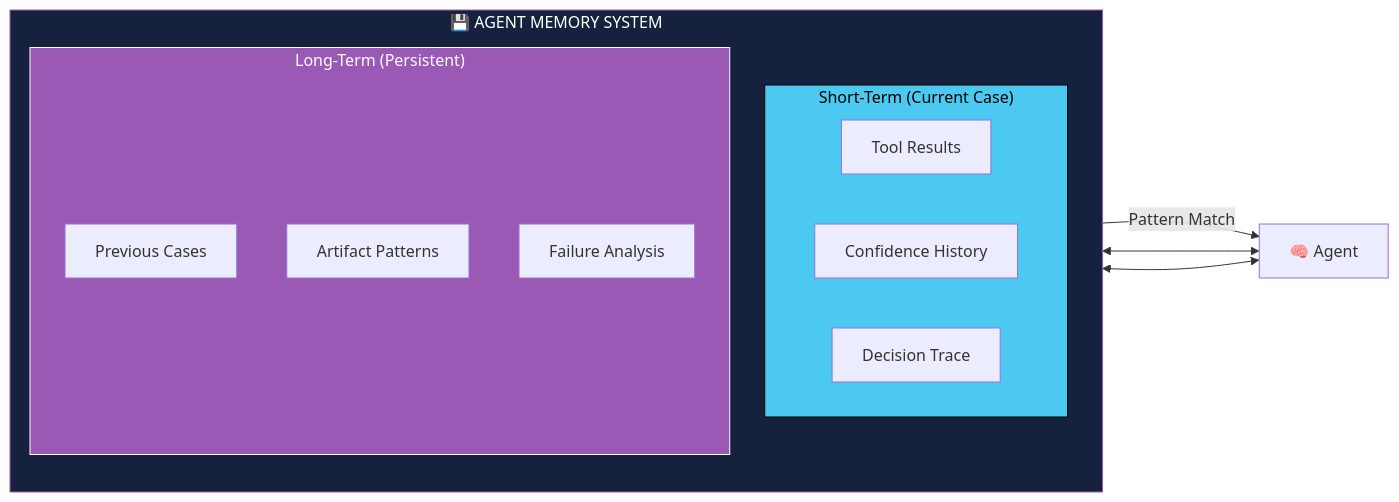
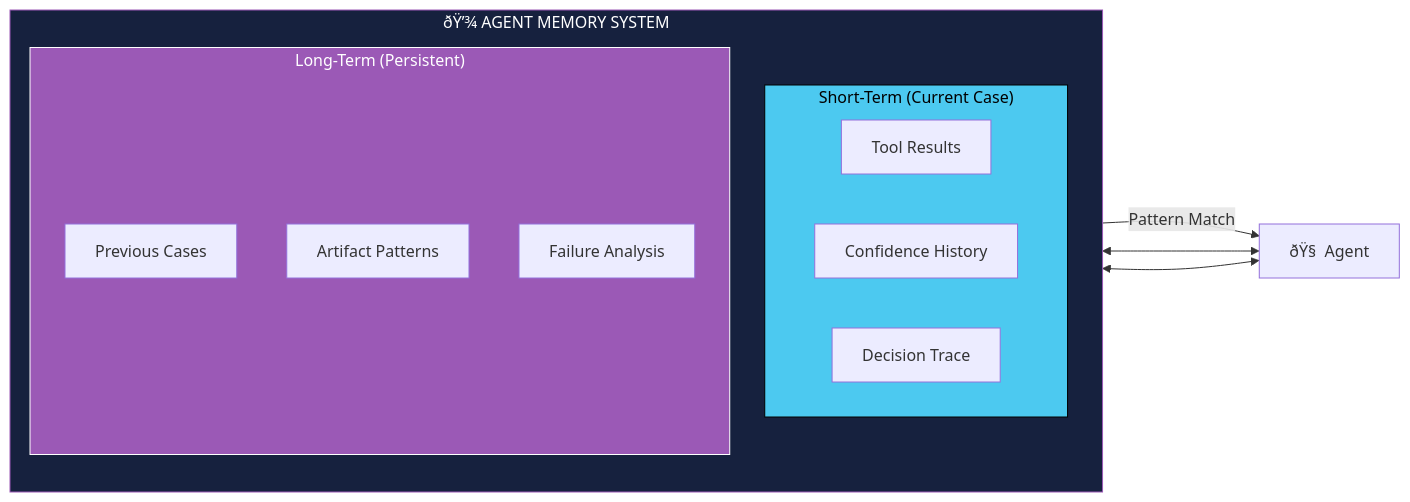
One commit to gaurav337/Aegis-X changed the fifth of 10 diagrams in README.md. Above: the diagram before and after it, drawn with Mermaid. The commit also changed other lines of this file, not shown here.

````diff
--- a/README.md
+++ b/README.md
@@ -733,27 +1015,27 @@
 ```mermaid
 flowchart LR
-    subgraph MEMORY["💾 AGENT MEMORY SYSTEM"]
+    subgraph MEMORY["ðŸ’¾ AGENT MEMORY SYSTEM"]
         direction TB
         
         subgraph SHORT["Short-Term (Current Case)"]
             S1["Tool Results"]
             S2["Confidence History"]
             S3["Decision Trace"]
         end
         
         subgraph LONG["Long-Term (Persistent)"]
             L1["Previous Cases"]
             L2["Artifact Patterns"]
             L3["Failure Analysis"]
         end
     end
 
-    AGENT["🧠 Agent"] <--> SHORT
+    AGENT["ðŸ§  Agent"] <--> SHORT
     AGENT <--> LONG
     
     L2 -->|"Pattern Match"| AGENT
 
     style MEMORY fill:#16213e,stroke:#9b59b6,color:#fff
     style SHORT fill:#4cc9f0,stroke:#000,color:#000
     style LONG fill:#9b59b6,stroke:#fff,color:#fff
 ```
````
